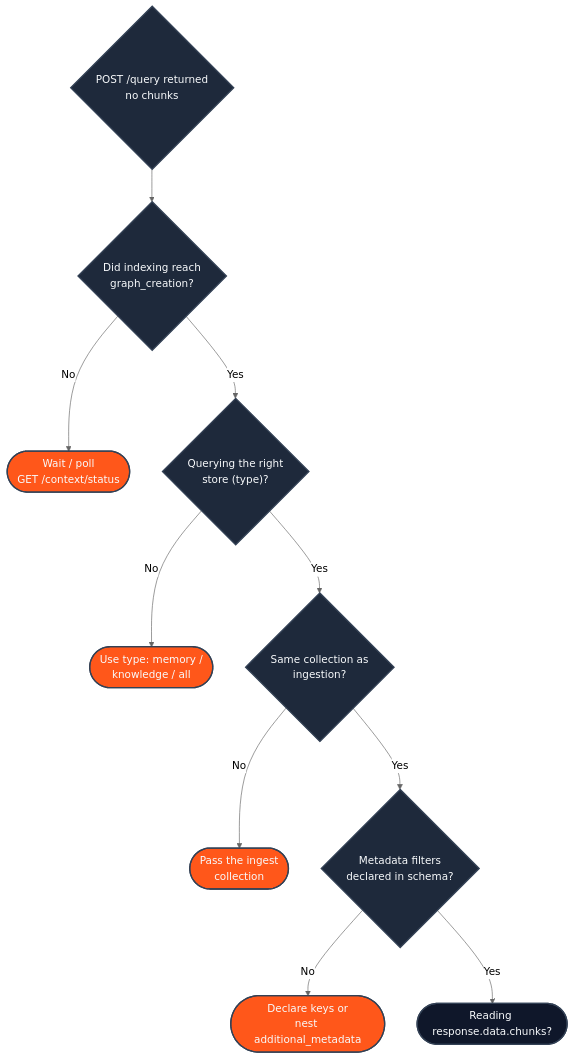
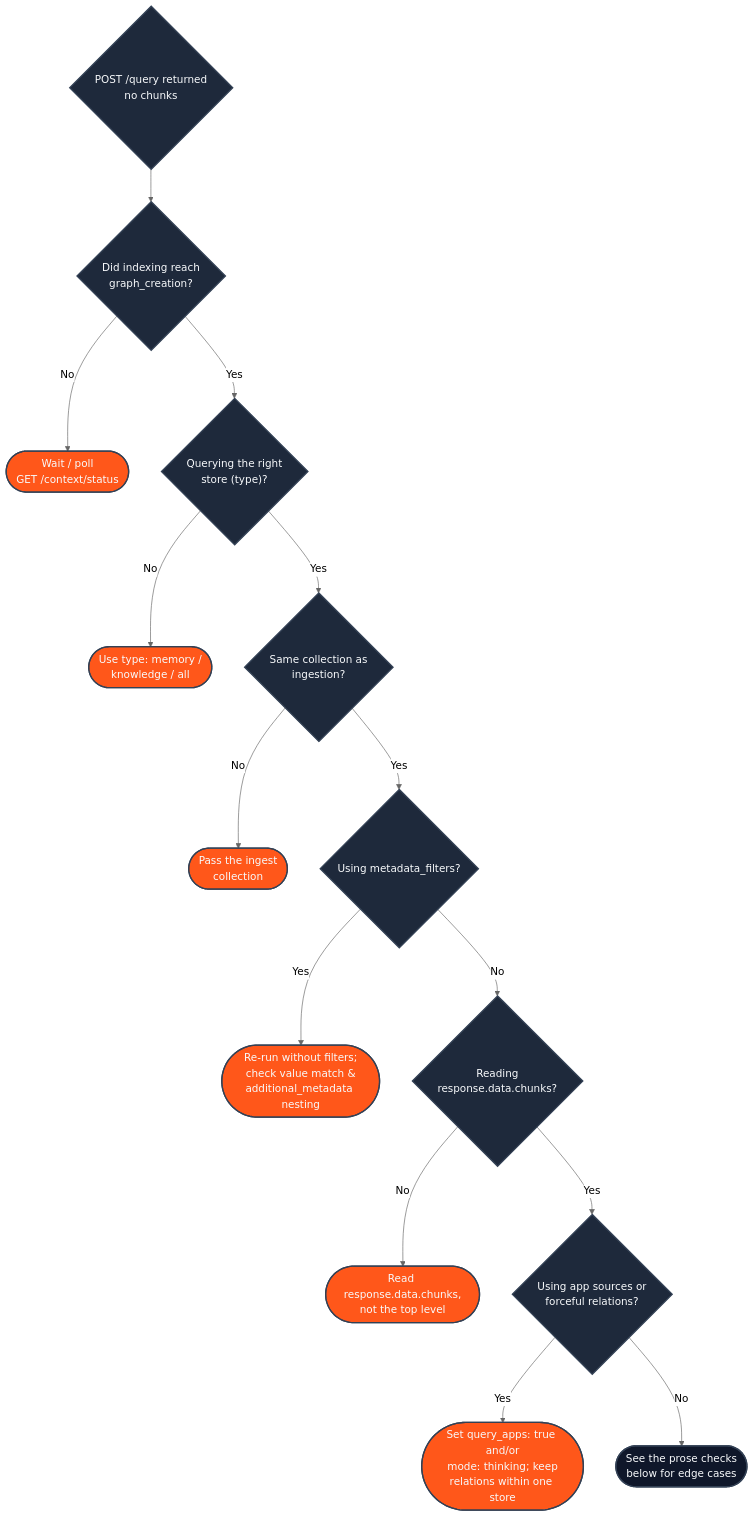
The diagram in essentials/v2/troubleshooting.mdx (hydra-db/mintlify-docs), drawn with Mermaid (neutral theme) before and after one commit. The commit also changed other lines of this file, not shown here.

First line of the commit message:
docs(v2): extend the troubleshooting flowchart and sharpen the metadata section

````diff
--- a/essentials/v2/troubleshooting.mdx
+++ b/essentials/v2/troubleshooting.mdx
@@ -8,24 +8,32 @@
 ```mermaid
 flowchart TD
     S{"POST /query returned<br/>no chunks"}
     S --> C1{"Did indexing reach<br/>graph_creation?"}
     C1 -- "No" --> F1(["Wait / poll<br/>GET /context/status"])
     C1 -- "Yes" --> C2{"Querying the right<br/>store (type)?"}
     C2 -- "No" --> F2(["Use type: memory /<br/>knowledge / all"])
     C2 -- "Yes" --> C3{"Same collection as<br/>ingestion?"}
     C3 -- "No" --> F3(["Pass the ingest<br/>collection"])
-    C3 -- "Yes" --> C4{"Metadata filters<br/>declared in schema?"}
-    C4 -- "No" --> F4(["Declare keys or<br/>nest additional_metadata"])
-    C4 -- "Yes" --> C5(["Reading response.data.chunks?"])
+    C3 -- "Yes" --> C4{"Using metadata_filters?"}
+    C4 -- "Yes" --> F4(["Re-run without filters;<br/>check value match &<br/>additional_metadata nesting"])
+    C4 -- "No" --> C5{"Reading<br/>response.data.chunks?"}
+    C5 -- "No" --> F5(["Read response.data.chunks,<br/>not the top level"])
+    C5 -- "Yes" --> C6{"Using app sources or<br/>forceful relations?"}
+    C6 -- "Yes" --> F6(["Set query_apps: true and/or<br/>mode: thinking; keep<br/>relations within one store"])
+    C6 -- "No" --> F7(["See the prose checks<br/>below for edge cases"])
 
     style S fill:#1e293b,stroke:#334155,stroke-width:2px,color:#f8fafc
     style C1 fill:#1e293b,stroke:#334155,stroke-width:2px,color:#f8fafc
     style C2 fill:#1e293b,stroke:#334155,stroke-width:2px,color:#f8fafc
     style C3 fill:#1e293b,stroke:#334155,stroke-width:2px,color:#f8fafc
     style C4 fill:#1e293b,stroke:#334155,stroke-width:2px,color:#f8fafc
+    style C5 fill:#1e293b,stroke:#334155,stroke-width:2px,color:#f8fafc
+    style C6 fill:#1e293b,stroke:#334155,stroke-width:2px,color:#f8fafc
     style F1 fill:#FF571A,stroke:#334155,stroke-width:2px,color:#f8fafc
     style F2 fill:#FF571A,stroke:#334155,stroke-width:2px,color:#f8fafc
     style F3 fill:#FF571A,stroke:#334155,stroke-width:2px,color:#f8fafc
     style F4 fill:#FF571A,stroke:#334155,stroke-width:2px,color:#f8fafc
-    style C5 fill:#0f172a,stroke:#334155,stroke-width:2px,color:#f8fafc
+    style F5 fill:#FF571A,stroke:#334155,stroke-width:2px,color:#f8fafc
+    style F6 fill:#FF571A,stroke:#334155,stroke-width:2px,color:#f8fafc
+    style F7 fill:#0f172a,stroke:#334155,stroke-width:2px,color:#f8fafc
 ```
````
